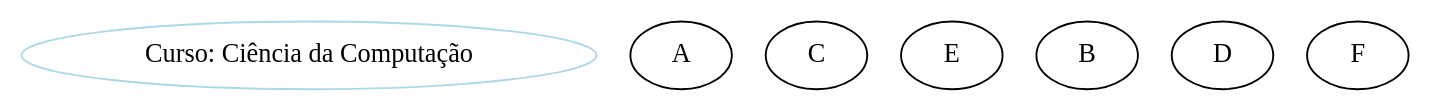
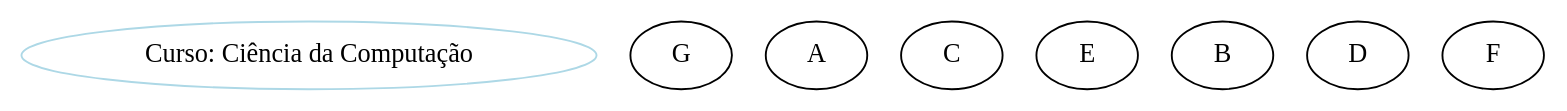
The diagram in Projeto_2/ordenacaoTop.dot (joaoadm94/tag-2019-2), drawn with Graphviz before and after one commit. The commit also changed 5 other files, not shown here.

```diff
--- a/Projeto_2/ordenacaoTop.dot
+++ b/Projeto_2/ordenacaoTop.dot
@@ -1,3 +1,3 @@
 digraph OrdenacaoTopol {
- c [color=lightblue, label="Curso: Ciência da Computação"];"A" ;"C" ;"E" ;"B" ;"D" ;"F" ;
+ c [color=lightblue, label="Curso: Ciência da Computação"];"G" ;"A" ;"C" ;"E" ;"B" ;"D" ;"F" ;
 }
```
